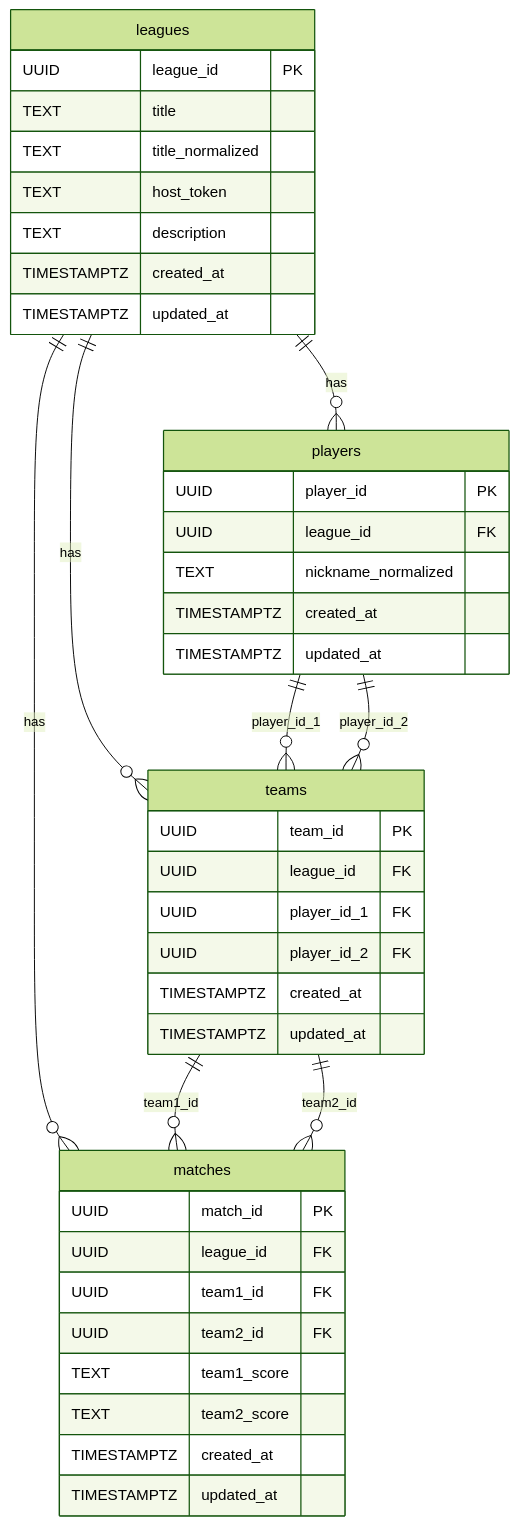
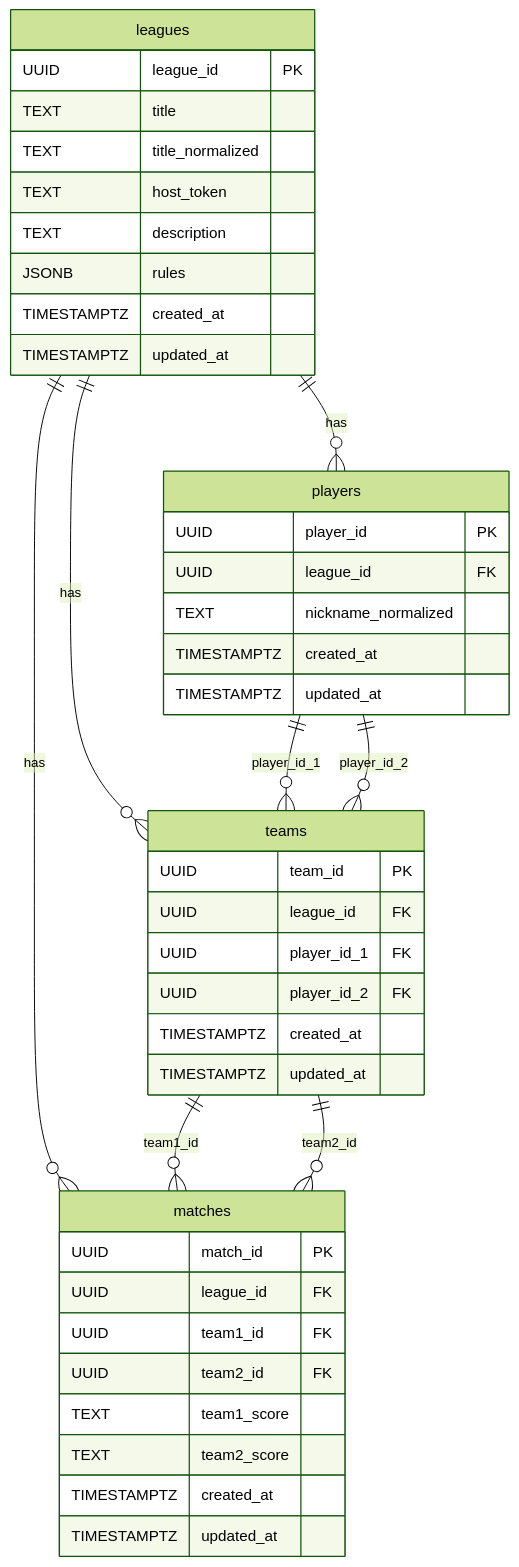
One commit to swjeong0825/TLMB_backend_main changed the diagram in Design_Doc/TLMB_Design_doc/12_persistence_strategy.md. Above: the diagram before and after it, drawn with Mermaid (forest theme). The commit also changed other lines of this file and 40 other files, not shown here.

````diff
--- a/Design_Doc/TLMB_Design_doc/12_persistence_strategy.md
+++ b/Design_Doc/TLMB_Design_doc/12_persistence_strategy.md
@@ -14,44 +14,45 @@
 ```mermaid
 erDiagram
     leagues {
         UUID league_id PK
         TEXT title
         TEXT title_normalized
         TEXT host_token
         TEXT description
+        JSONB rules
         TIMESTAMPTZ created_at
         TIMESTAMPTZ updated_at
     }
     players {
         UUID player_id PK
         UUID league_id FK
         TEXT nickname_normalized
         TIMESTAMPTZ created_at
         TIMESTAMPTZ updated_at
     }
     teams {
         UUID team_id PK
         UUID league_id FK
         UUID player_id_1 FK
         UUID player_id_2 FK
         TIMESTAMPTZ created_at
         TIMESTAMPTZ updated_at
     }
     matches {
         UUID match_id PK
         UUID league_id FK
         UUID team1_id FK
         UUID team2_id FK
         TEXT team1_score
         TEXT team2_score
         TIMESTAMPTZ created_at
         TIMESTAMPTZ updated_at
     }
     leagues ||--o{ players : "has"
     leagues ||--o{ teams : "has"
     leagues ||--o{ matches : "has"
     players ||--o{ teams : "player_id_1"
     players ||--o{ teams : "player_id_2"
     teams ||--o{ matches : "team1_id"
     teams ||--o{ matches : "team2_id"
 ```
````
